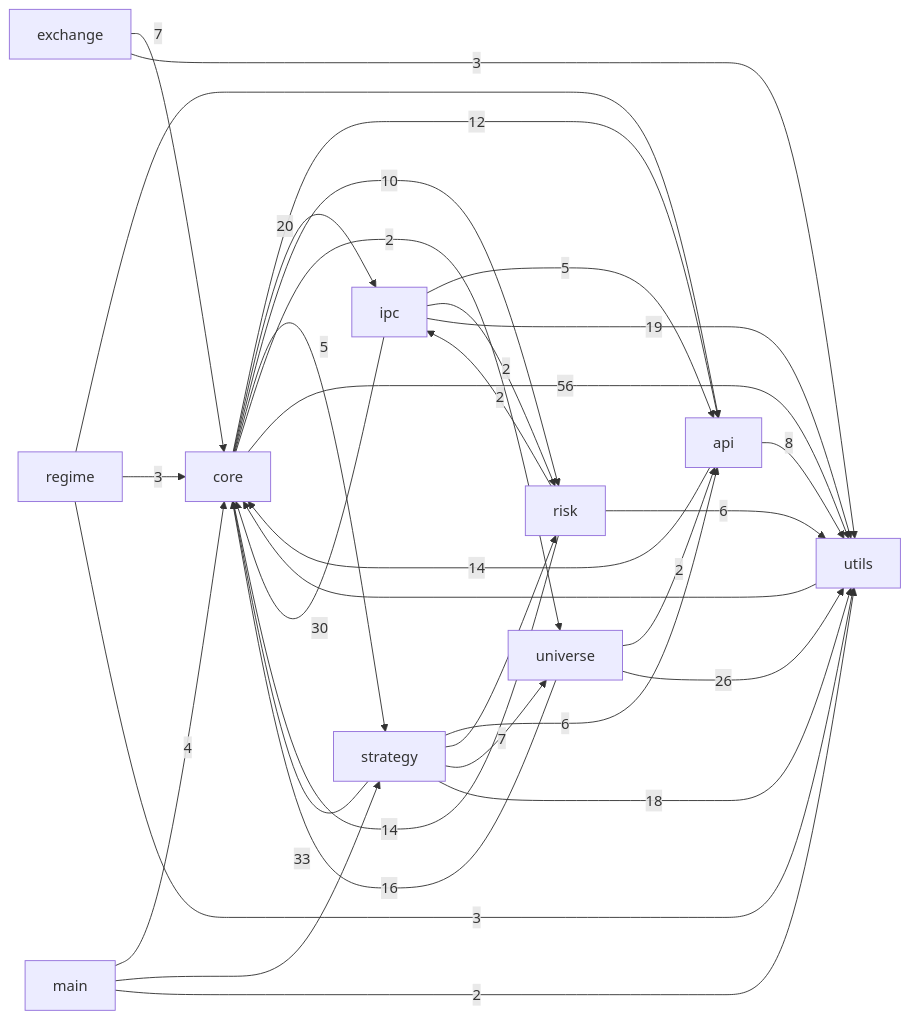
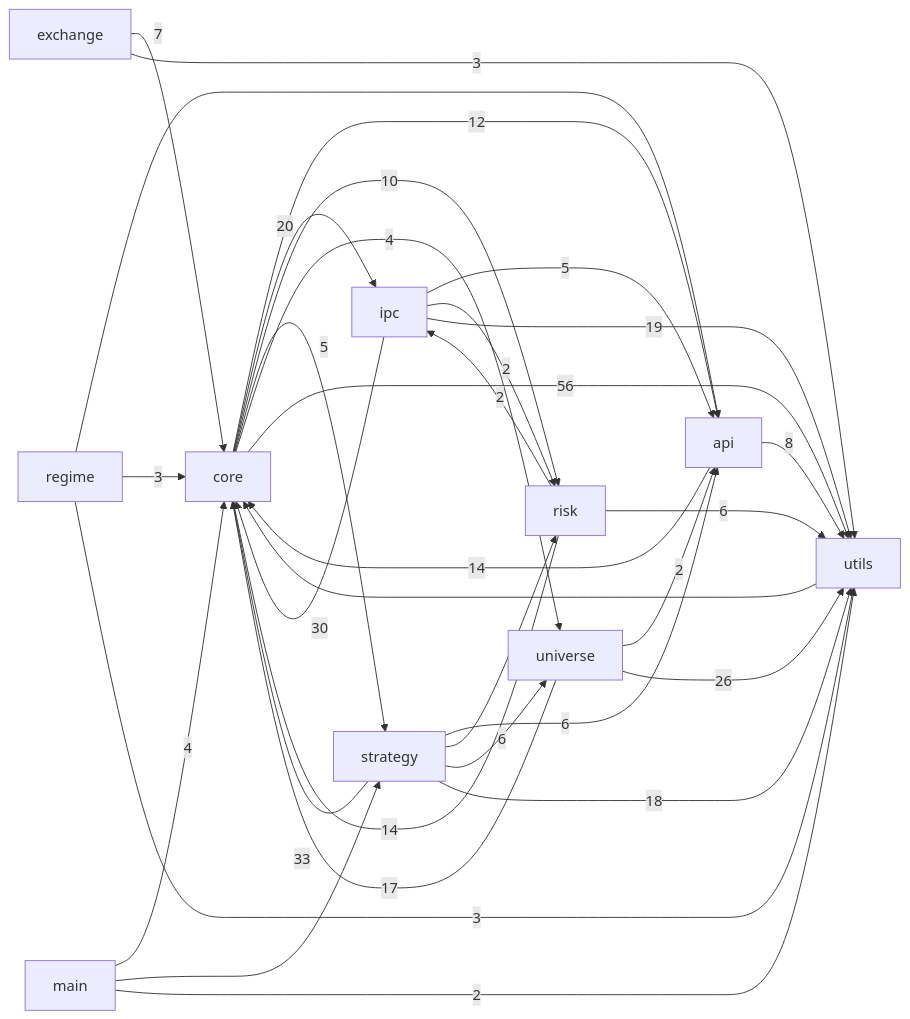
Before and after one commit to pypy8171/Quant: the first of 3 diagrams in docs/CODE_GRAPH.md, drawn with Mermaid. The commit also changed other lines of this file and 316 other files, not shown here.

````diff
--- a/docs/CODE_GRAPH.md
+++ b/docs/CODE_GRAPH.md
@@ -10,45 +10,45 @@
 ```mermaid
 graph LR
   main[main]
   core[core]
   strategy[strategy]
   api[api]
   universe[universe]
   risk[risk]
   ipc[ipc]
   utils[utils]
   exchange[exchange]
   regime[regime]
   api -->|14| core
   api -->|8| utils
   core -->|12| api
   core -->|20| ipc
   core -->|10| risk
   core -->|5| strategy
-  core -->|2| universe
+  core -->|4| universe
   core -->|56| utils
   exchange -->|7| core
   exchange -->|3| utils
   ipc -->|5| api
   ipc -->|30| core
   ipc -->|2| risk
   ipc -->|19| utils
   main -->|4| core
   main --> strategy
   main -->|2| utils
   regime --> api
   regime -->|3| core
   regime -->|3| utils
   risk -->|14| core
   risk -->|2| ipc
   risk -->|6| utils
   strategy -->|6| api
   strategy -->|33| core
   strategy --> risk
-  strategy -->|7| universe
+  strategy -->|6| universe
   strategy -->|18| utils
   universe -->|2| api
-  universe -->|16| core
+  universe -->|17| core
   universe -->|26| utils
   utils --> core
 ```
````
